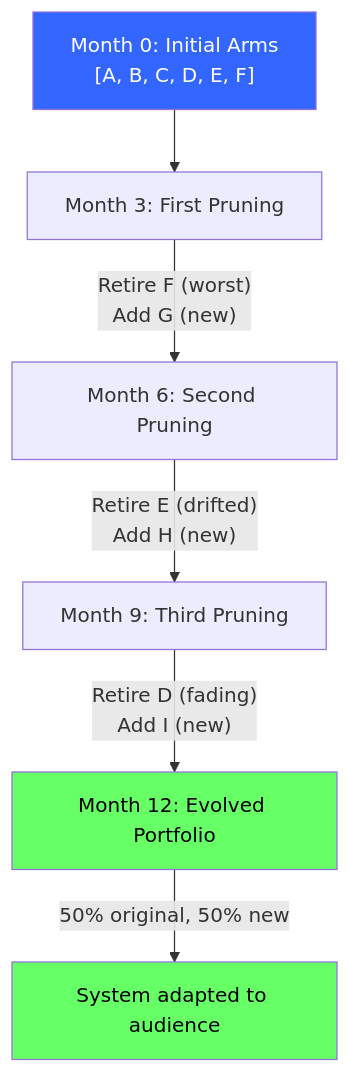
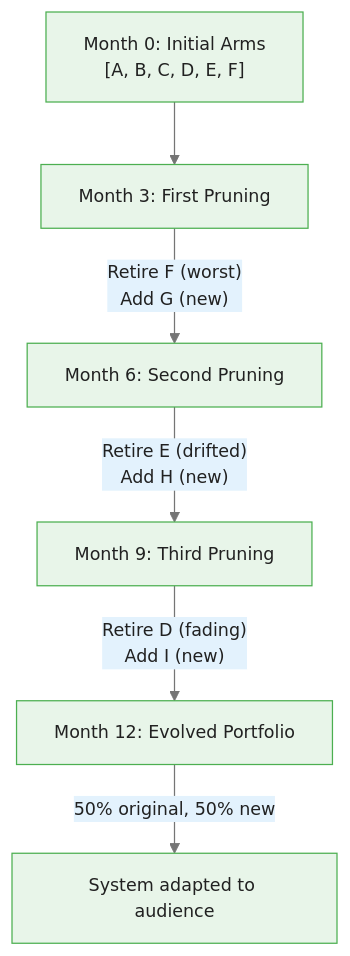
One commit to m-deane/course-creator changed the first of 5 diagrams in courses/multi-armed-bandits-ab-testing/modules/module_04_content_growth_optimization/guides/03_arm_management_slides.md. Above: the diagram before and after it, drawn with Mermaid. The commit also changed other lines of this file and 146 other files, not shown here.

````diff
--- a/courses/multi-armed-bandits-ab-testing/modules/module_04_content_growth_optimization/guides/03_arm_management_slides.md
+++ b/courses/multi-armed-bandits-ab-testing/modules/module_04_content_growth_optimization/guides/03_arm_management_slides.md
@@ -35,12 +42,9 @@
 ```mermaid
+%%{init: {"theme": "base", "themeVariables": {"primaryColor": "#e8f5e9", "primaryBorderColor": "#4caf50", "primaryTextColor": "#212121", "secondaryColor": "#e3f2fd", "tertiaryColor": "#fff8e1", "lineColor": "#757575", "fontFamily": "Inter, sans-serif", "fontSize": "14px"}}}%%
 flowchart TD
     M0["Month 0: Initial Arms<br/>[A, B, C, D, E, F]"] --> M3["Month 3: First Pruning"]
     M3 --> |"Retire F (worst)<br/>Add G (new)"| M6["Month 6: Second Pruning"]
     M6 --> |"Retire E (drifted)<br/>Add H (new)"| M9["Month 9: Third Pruning"]
     M9 --> |"Retire D (fading)<br/>Add I (new)"| M12["Month 12: Evolved Portfolio"]
     M12 --> |"50% original, 50% new"| Result["System adapted to audience"]
-
-    style M0 fill:#36f,color:#fff
-    style M12 fill:#6f6,color:#000
-    style Result fill:#6f6,color:#000
 ```
````
